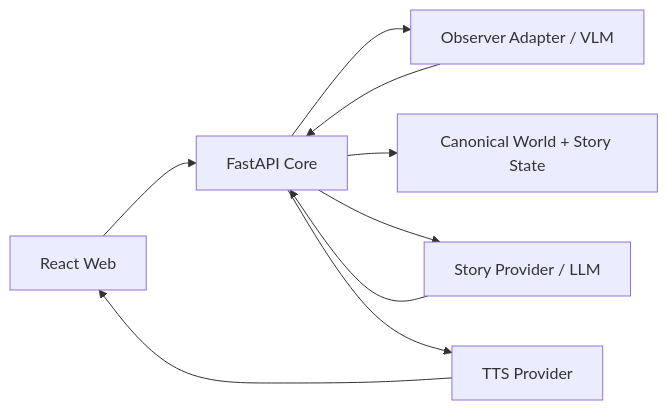
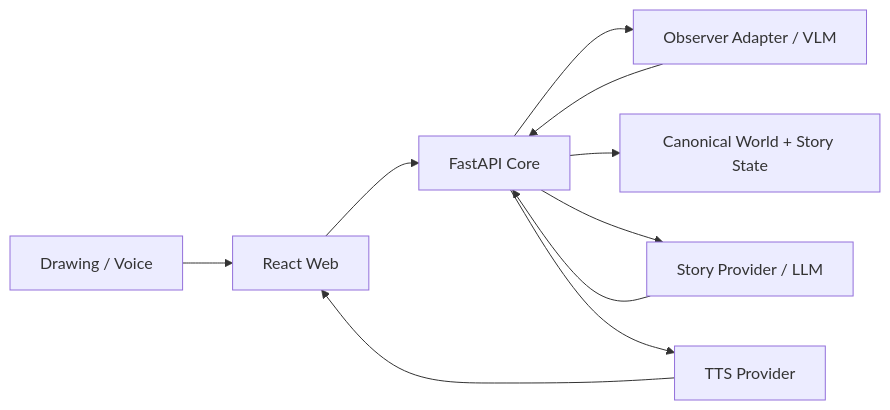
Before and after one commit to Lilian0414/child: the diagram in README.md, drawn with Mermaid. The commit also changed other lines of this file, not shown here.

````diff
--- a/README.md
+++ b/README.md
@@ -187,11 +202,12 @@
 ```mermaid
 flowchart LR
     UI["React Web"] --> API["FastAPI Core"]
+    MEDIA["Drawing / Voice"] --> UI
     API --> OBS["Observer Adapter / VLM"]
     OBS --> API
     API --> STATE["Canonical World + Story State"]
     API --> STORY["Story Provider / LLM"]
     STORY --> API
     API --> TTS["TTS Provider"]
     TTS --> UI
 ```
````
